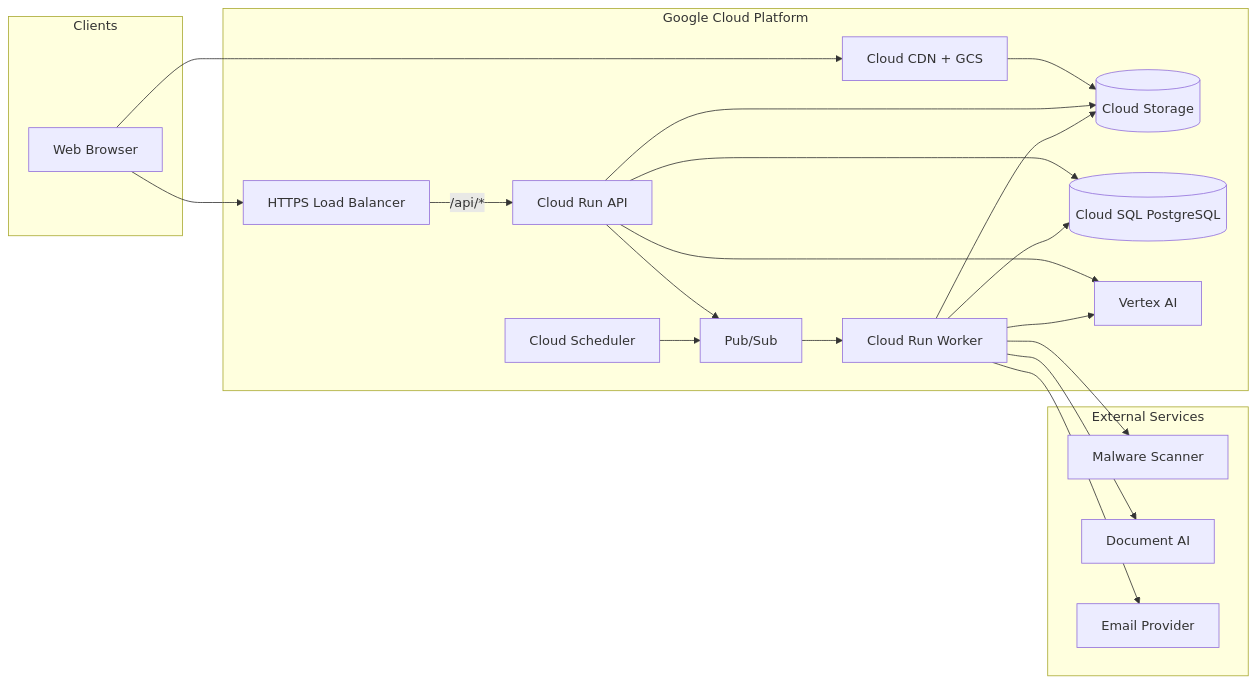
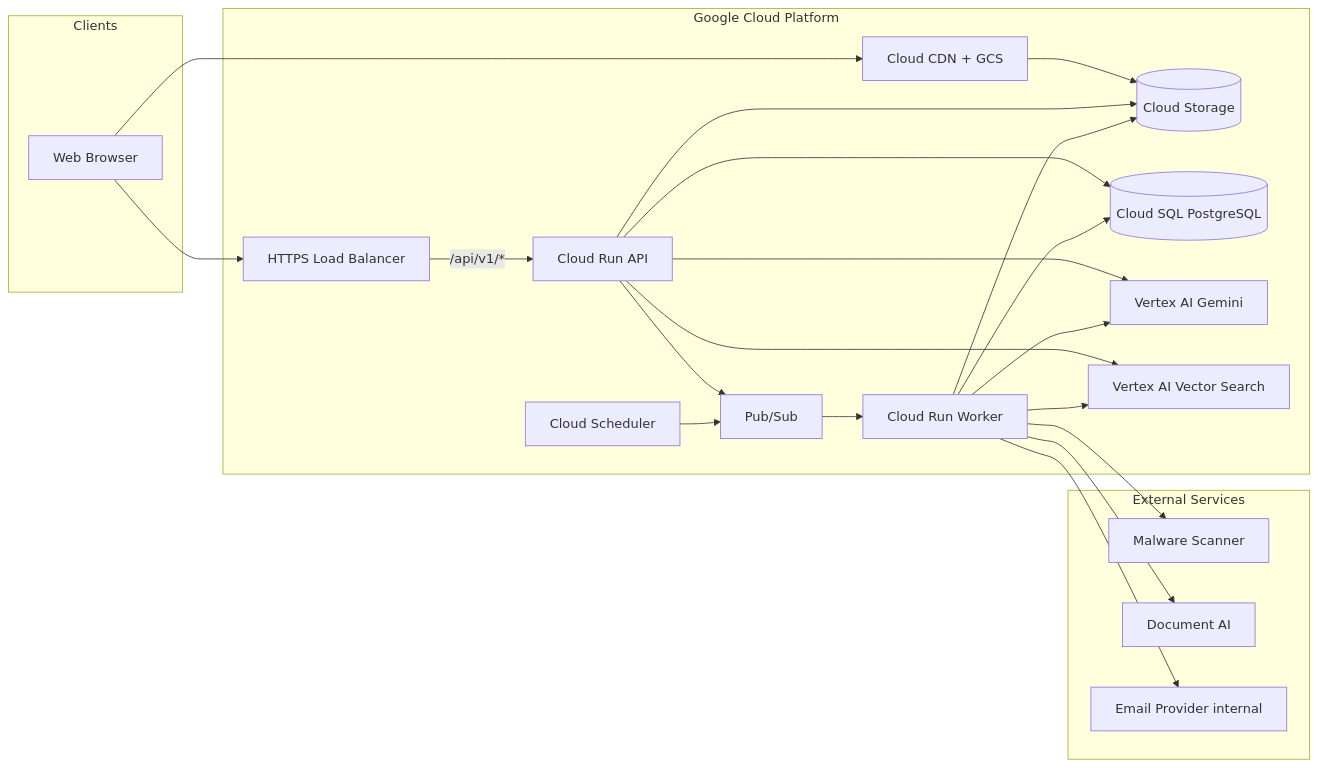
The first of 3 diagrams in docs/architecture.md (sathvikmaahi/HireSphere), drawn with Mermaid before and after one commit. The commit also changed other lines of this file and 6 other files, not shown here.

````diff
--- a/docs/architecture.md
+++ b/docs/architecture.md
@@ -11,41 +12,44 @@
 ```mermaid
 flowchart LR
     subgraph clients [Clients]
         Browser[Web Browser]
     end
 
     subgraph gcp [Google Cloud Platform]
         CDN[Cloud CDN + GCS]
         LB[HTTPS Load Balancer]
         API[Cloud Run API]
         Worker[Cloud Run Worker]
         PubSub[Pub/Sub]
         Scheduler[Cloud Scheduler]
         GCS[(Cloud Storage)]
         SQL[(Cloud SQL PostgreSQL)]
-        Vertex[Vertex AI]
+        Vertex[Vertex AI Gemini]
+        VSearch[Vertex AI Vector Search]
     end
 
     subgraph external [External Services]
         Scan[Malware Scanner]
         DocAI[Document AI]
-        Email[Email Provider]
+        Email[Email Provider internal]
     end
 
     Browser --> CDN
     Browser --> LB
-    LB -->|/api/*| API
+    LB -->|/api/v1/*| API
     CDN --> GCS
     API --> SQL
     API --> GCS
     API --> PubSub
     API --> Vertex
+    API --> VSearch
     PubSub --> Worker
     Scheduler --> PubSub
     Worker --> SQL
     Worker --> GCS
     Worker --> Scan
     Worker --> DocAI
     Worker --> Vertex
+    Worker --> VSearch
     Worker --> Email
 ```
````
